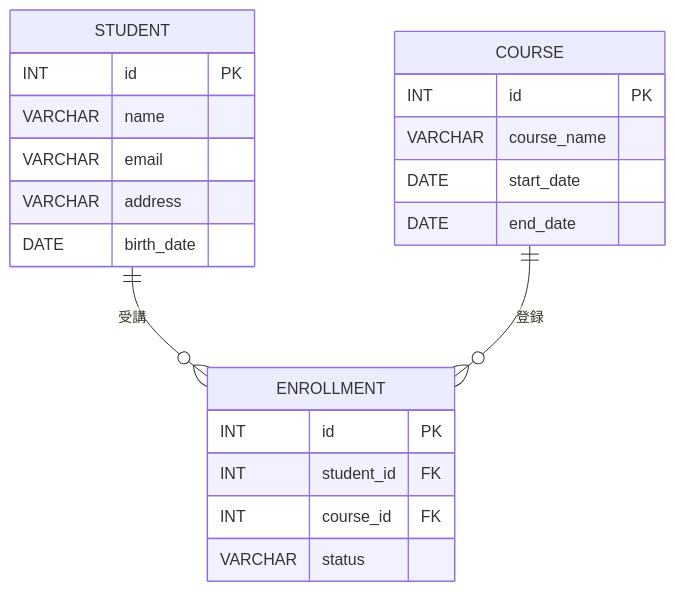
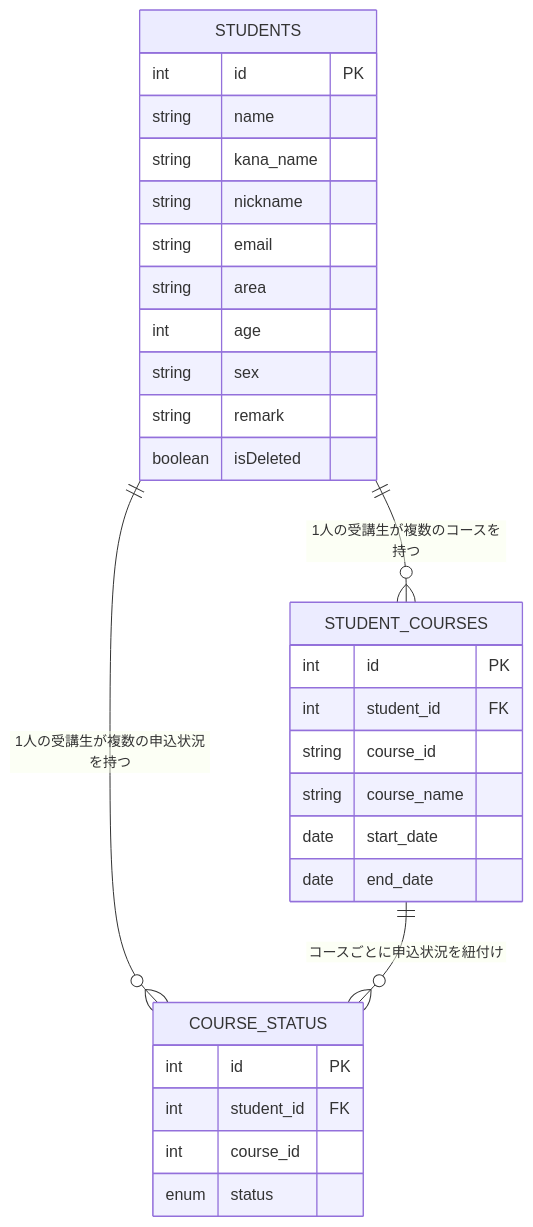
One commit to tomo-taka108/StudentManagement changed the diagram in README.md. Above: the diagram before and after it, drawn with Mermaid. The commit also changed other lines of this file, not shown here.

````diff
--- a/README.md
+++ b/README.md
@@ -43,27 +120,36 @@
 ```mermaid
 erDiagram
-    STUDENT {
-        INT id PK
-        VARCHAR name
-        VARCHAR email
-        VARCHAR address
-        DATE birth_date
+    STUDENTS {
+        int id PK
+        string name
+        string kana_name
+        string nickname
+        string email
+        string area
+        int age
+        string sex
+        string remark
+        boolean isDeleted
     }
 
-    COURSE {
-        INT id PK
-        VARCHAR course_name
-        DATE start_date
-        DATE end_date
+    STUDENT_COURSES {
+        int id PK
+        int student_id FK
+        string course_id
+        string course_name
+        date start_date
+        date end_date
     }
 
-    ENROLLMENT {
-        INT id PK
-        INT student_id FK
-        INT course_id FK
-        VARCHAR status
+    COURSE_STATUS {
+        int id PK
+        int student_id FK
+        int course_id
+        enum status
     }
 
-    STUDENT ||--o{ ENROLLMENT : "受講"
-    COURSE  ||--o{ ENROLLMENT : "登録"
+    STUDENTS ||--o{ STUDENT_COURSES : "1人の受講生が複数のコースを持つ"
+    STUDENTS ||--o{ COURSE_STATUS : "1人の受講生が複数の申込状況を持つ"
+    STUDENT_COURSES ||--o{ COURSE_STATUS : "コースごとに申込状況を紐付け"
+
 ```
````
